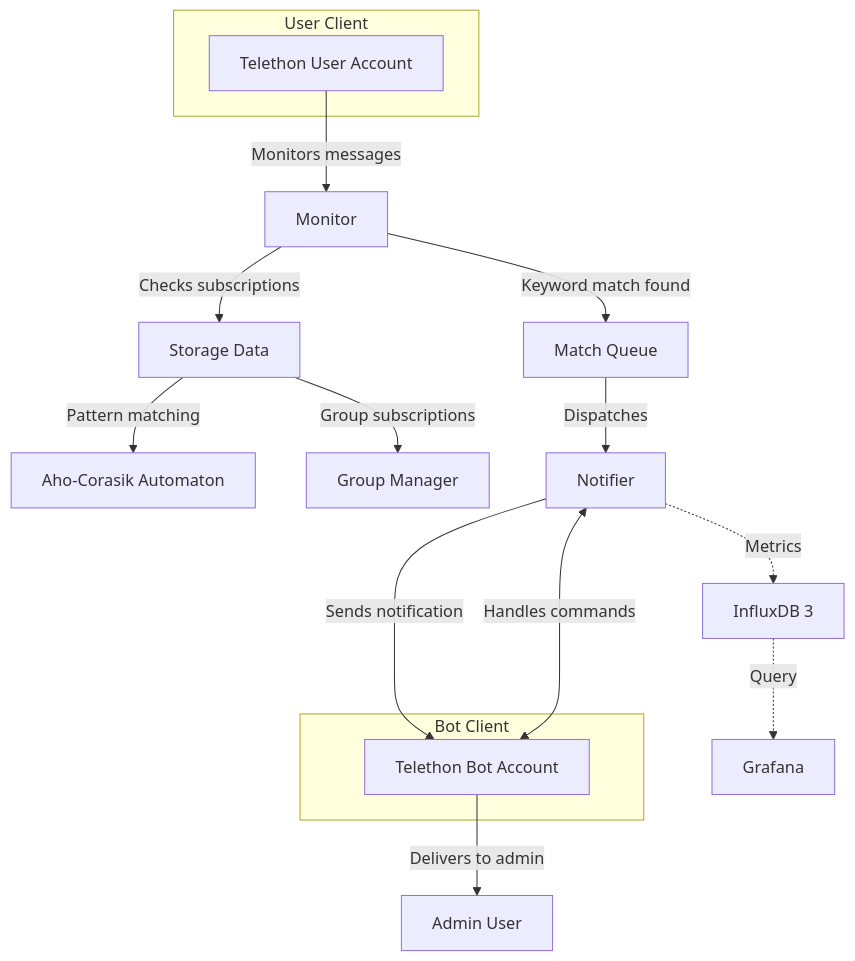
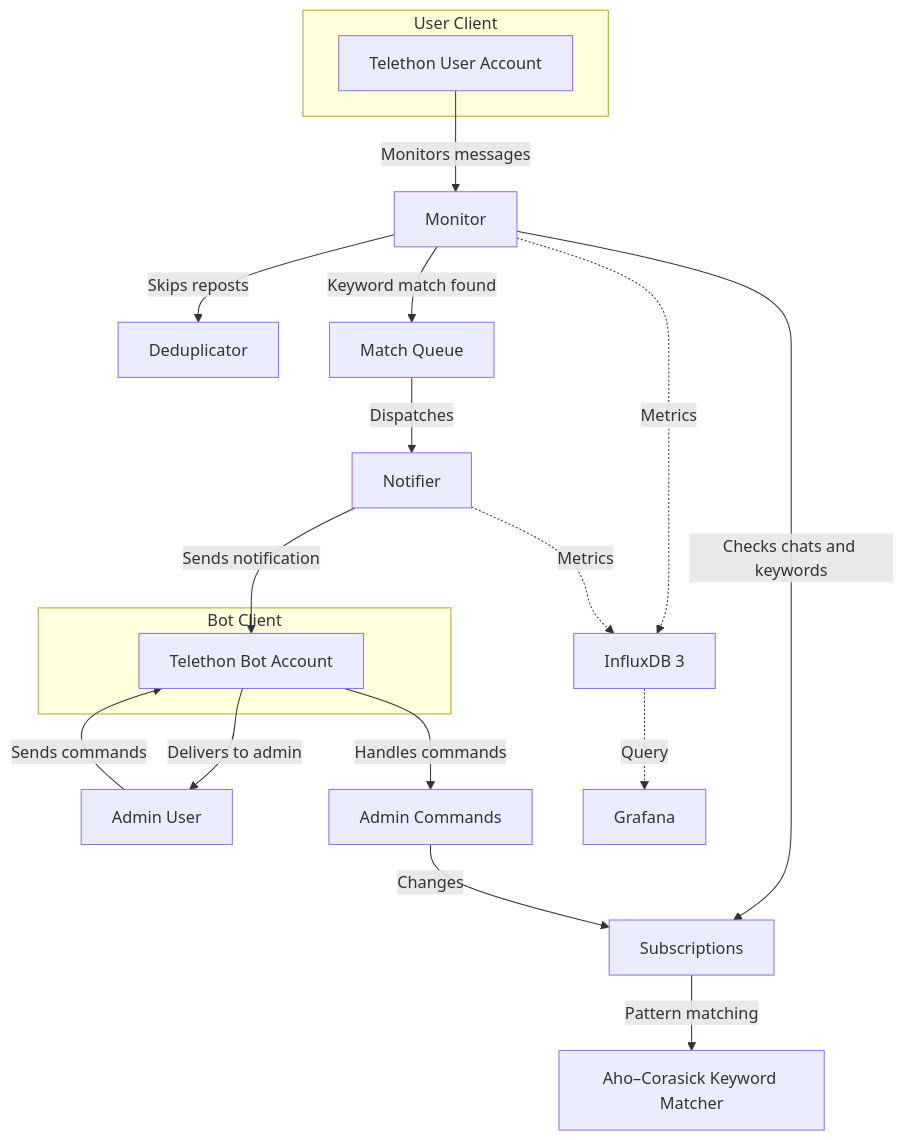
One commit to rogday/telegram-forwarder-bot changed the diagram in README.md. Above: the diagram before and after it, drawn with Mermaid. The commit also changed other lines of this file and 13 other files, not shown here.

````diff
--- a/README.md
+++ b/README.md
@@ -19,25 +19,28 @@
 ```mermaid
 graph TD
     subgraph "User Client"
         UC[Telethon User Account]
     end
 
     subgraph "Bot Client"
         BC[Telethon Bot Account]
     end
 
     UC -->|Monitors messages| M[Monitor]
+    M -->|Checks chats and keywords| S[Subscriptions]
+    S -->|Pattern matching| KM[Aho–Corasick Keyword Matcher]
+    M -->|Skips reposts| D[Deduplicator]
     M -->|Keyword match found| MQ[Match Queue]
-    M -->|Checks subscriptions| SD[Storage Data]
-    SD -->|Pattern matching| KM[Aho-Corasik Automaton]
-    SD -->|Group subscriptions| GM[Group Manager]
 
     MQ -->|Dispatches| N[Notifier]
     N -->|Sends notification| BC
     BC -->|Delivers to admin| ADM[Admin User]
 
-    BC <--->|Handles commands| N
-    
-    N -.->|Metrics| ID3[InfluxDB 3]
+    ADM -->|Sends commands| BC
+    BC -->|Handles commands| AC[Admin Commands]
+    AC -->|Changes| S
+
+    M -.->|Metrics| ID3[InfluxDB 3]
+    N -.->|Metrics| ID3
     ID3 -.->|Query| G[Grafana]
 ```
````
